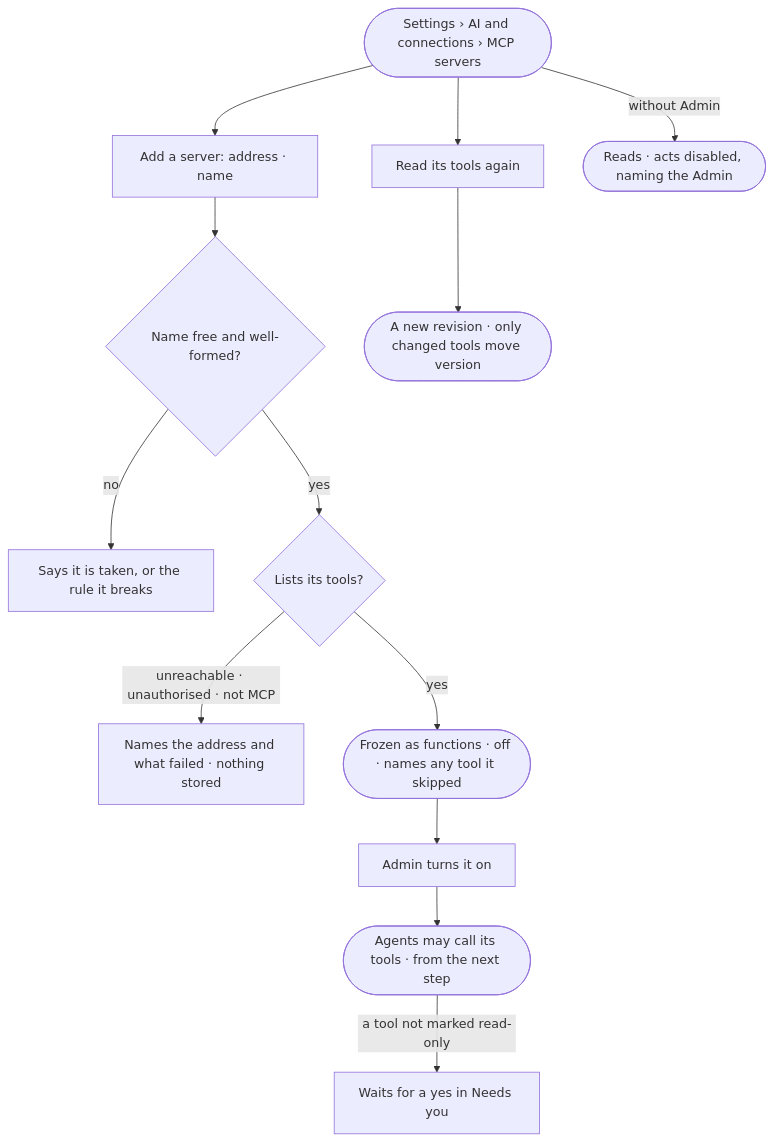
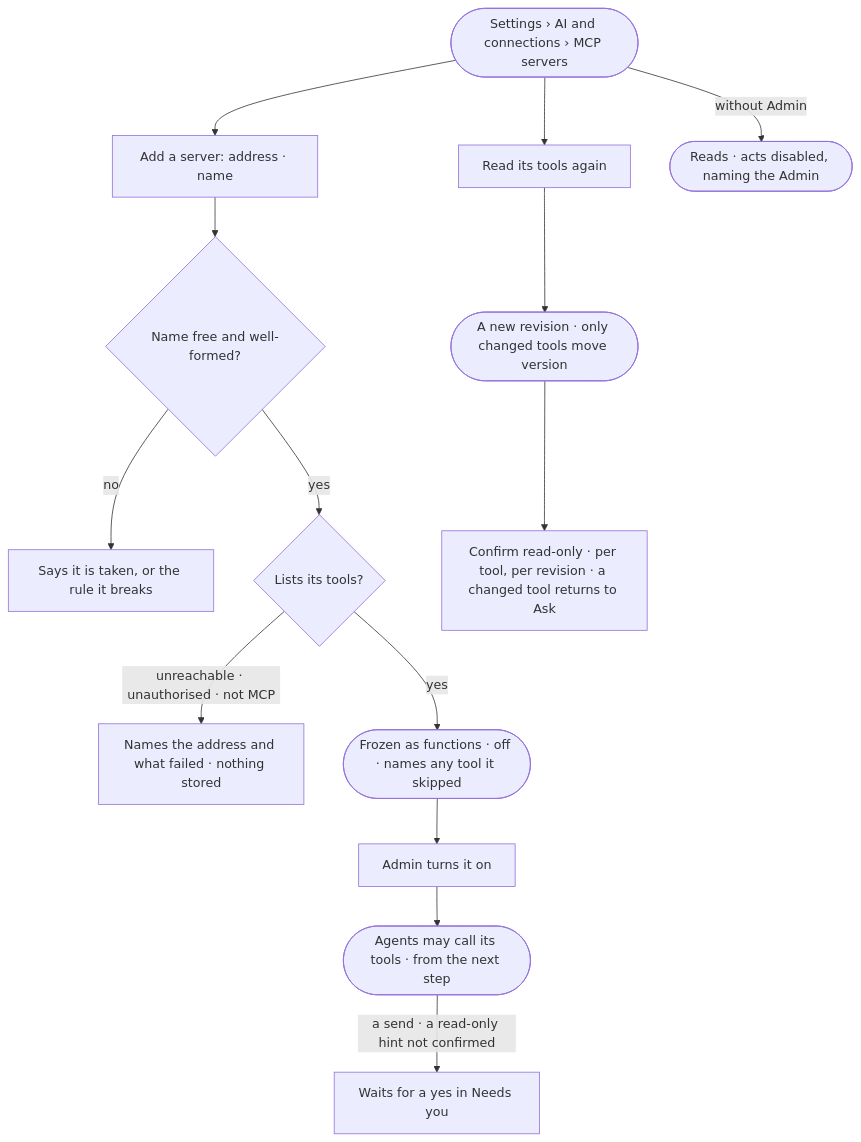
The diagram in specs/products/settings/features/ST-F04-plugins-and-outside-tools/stories/ST-26-add-an-outside-tool-server-and-let-agents-call-its-tools/story.md (invana/invana), drawn with Mermaid before and after one commit. The commit also changed other lines of this file and 28 other files, not shown here.

````diff
--- a/specs/products/settings/features/ST-F04-plugins-and-outside-tools/stories/ST-26-add-an-outside-tool-server-and-let-agents-call-its-tools/story.md
+++ b/specs/products/settings/features/ST-F04-plugins-and-outside-tools/stories/ST-26-add-an-outside-tool-server-and-let-agents-call-its-tools/story.md
@@ -27,15 +27,16 @@
 ```mermaid
 flowchart TD
   s([Settings › AI and connections › MCP servers]) --> a["Add a server: address · name"]
   a --> n{"Name free and well-formed?"}
   n -->|no| nf["Says it is taken, or the rule it breaks"]
   n -->|yes| l{"Lists its tools?"}
   l -->|unreachable · unauthorised · not MCP| lf["Names the address and what failed · nothing stored"]
   l -->|yes| fz(["Frozen as functions · off · names any tool it skipped"])
   fz --> on["Admin turns it on"]
   on --> use(["Agents may call its tools · from the next step"])
-  use -->|a tool not marked read-only| ask["Waits for a yes in Needs you"]
+  use -->|a send · a read-only hint not confirmed| ask["Waits for a yes in Needs you"]
+  rv --> cf["Confirm read-only · per tool, per revision · a changed tool returns to Ask"]
   s --> rf["Read its tools again"]
   rf --> rv(["A new revision · only changed tools move version"])
   s -->|without Admin| ro(["Reads · acts disabled, naming the Admin"])
 ```
````
